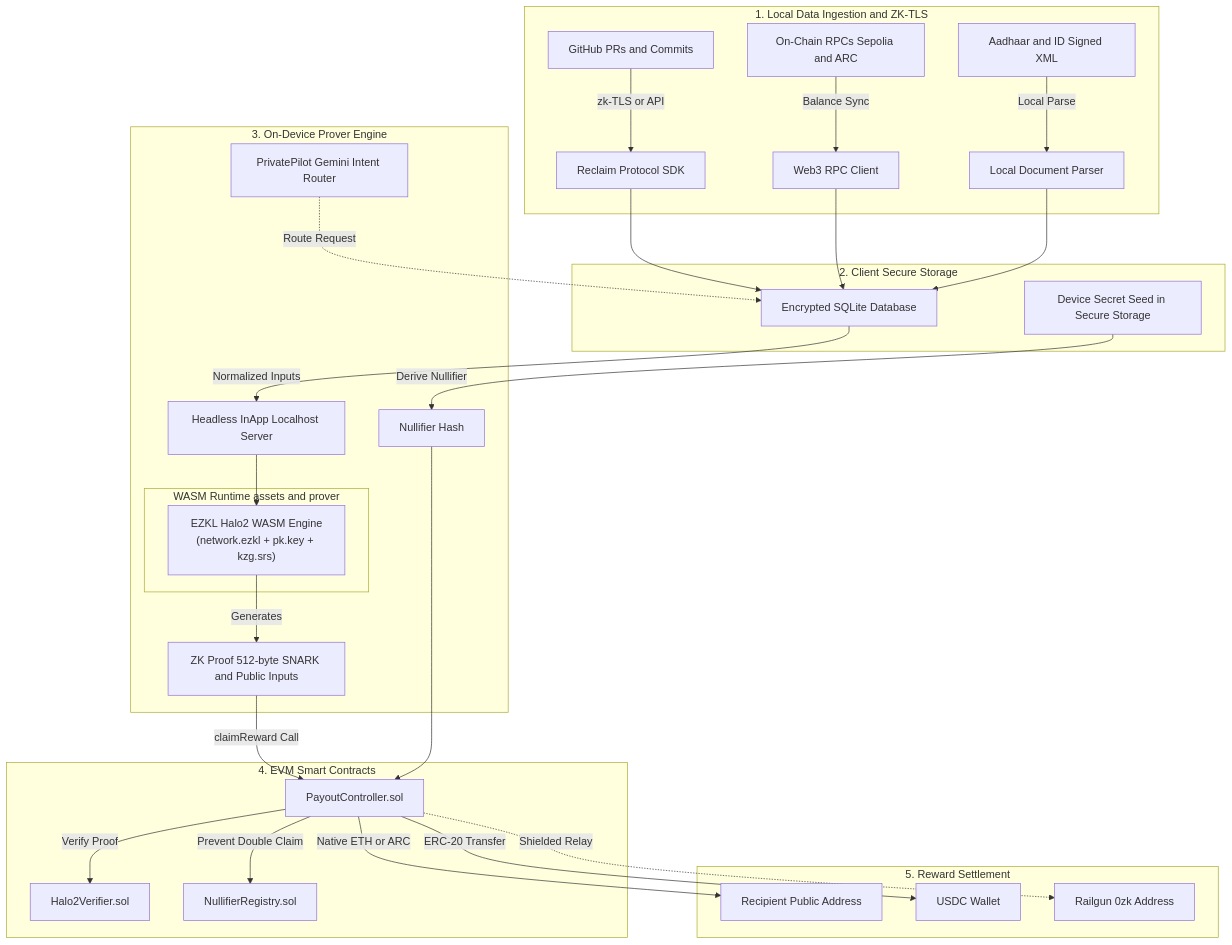
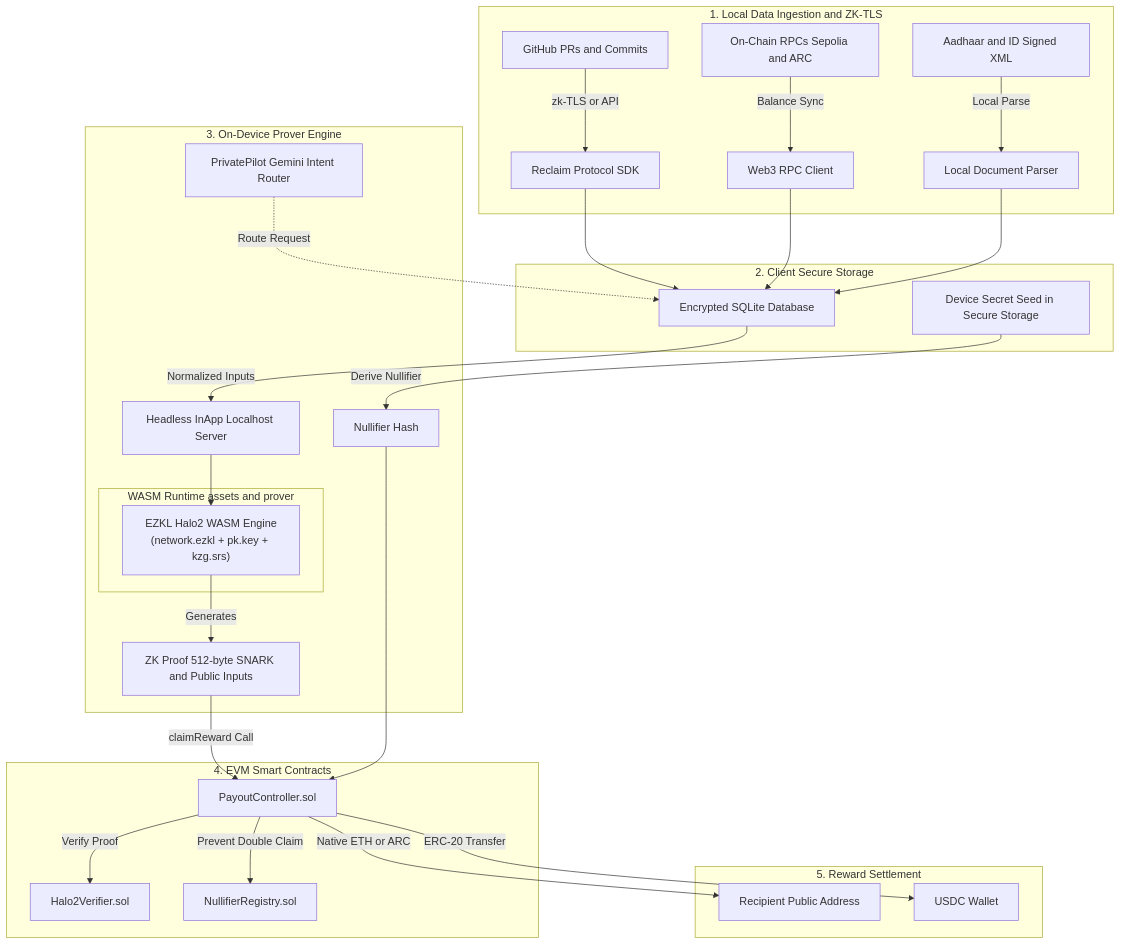
The first of 2 diagrams in README.md (palpatel224/Veil), drawn with Mermaid before and after one commit.

````diff
--- a/README.md
+++ b/README.md
@@ -23,41 +23,40 @@
 ```mermaid
 flowchart TB
     subgraph Layer1["1. Local Data Ingestion and ZK-TLS"]
         GH["GitHub PRs and Commits"] -->|zk-TLS or API| REC["Reclaim Protocol SDK"]
         RPC["On-Chain RPCs Sepolia and ARC"] -->|Balance Sync| WAL["Web3 RPC Client"]
         GOV["Aadhaar and ID Signed XML"] -->|Local Parse| DOC["Local Document Parser"]
     end
 
     subgraph Layer2["2. Client Secure Storage"]
         REC --> ENCLAVE["Encrypted SQLite Database"]
         WAL --> ENCLAVE
         DOC --> ENCLAVE
         SECRET["Device Secret Seed in Secure Storage"]
     end
 
     subgraph Layer3["3. On-Device Prover Engine"]
         PILOT["PrivatePilot Gemini Intent Router"] -.->|Route Request| ENCLAVE
         ENCLAVE -->|Normalized Inputs| PROVER["Headless InApp Localhost Server"]
         
         subgraph WASM_Engine["WASM Runtime assets and prover"]
             EZKL["EZKL Halo2 WASM Engine\n(network.ezkl + pk.key + kzg.srs)"]
         end
         PROVER --> EZKL
         EZKL -->|Generates| PROOF["ZK Proof 512-byte SNARK and Public Inputs"]
         SECRET -->|Derive Nullifier| NULLIFIER["Nullifier Hash"]
     end
 
     subgraph Layer4["4. EVM Smart Contracts"]
         PROOF -->|claimReward Call| PAYOUT["PayoutController.sol"]
         NULLIFIER --> PAYOUT
         
         PAYOUT -->|Verify Proof| VERIFIER["Halo2Verifier.sol"]
         PAYOUT -->|Prevent Double Claim| NULL_REG["NullifierRegistry.sol"]
     end
 
     subgraph Layer5["5. Reward Settlement"]
         PAYOUT -->|Native ETH or ARC| USER_ETH["Recipient Public Address"]
         PAYOUT -->|ERC-20 Transfer| USER_USDC["USDC Wallet"]
-        PAYOUT -.->|Shielded Relay| RAILGUN["Railgun 0zk Address"]
     end
 ```
````
